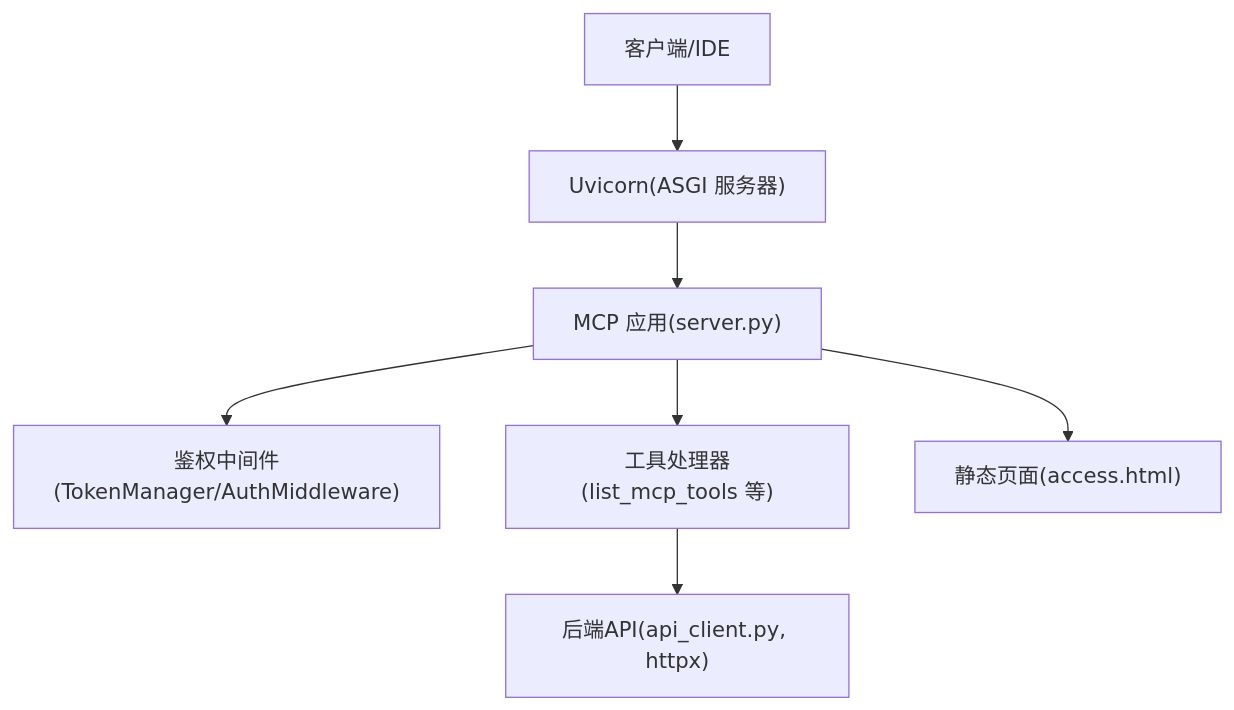
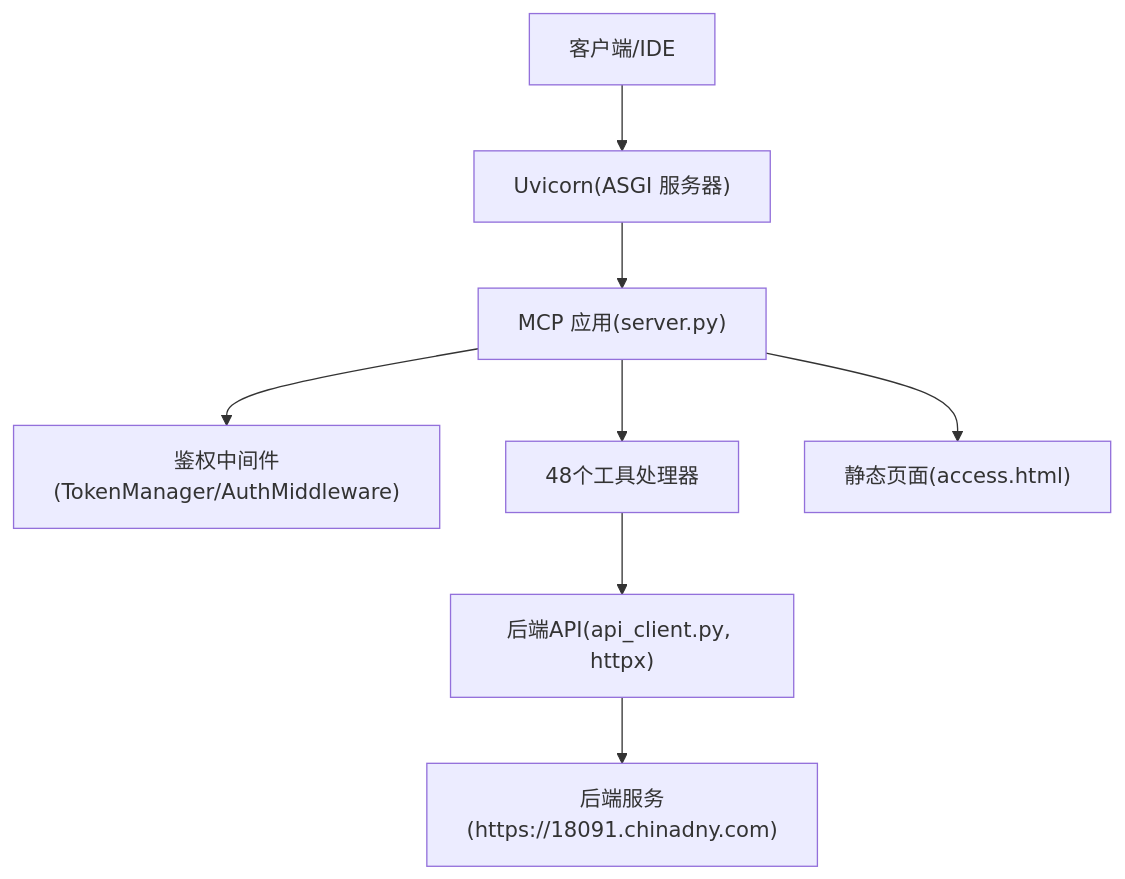
The first of 5 diagrams in .qoder/repowiki/zh/content/项目概述/核心功能特性/MCP 工具集/MCP 工具集.md (rookie-wind/web_ai), drawn with Mermaid before and after one commit. The commit also changed other lines of this file and 117 other files, not shown here.

````diff
--- a/.qoder/repowiki/zh/content/项目概述/核心功能特性/MCP 工具集/MCP 工具集.md
+++ b/.qoder/repowiki/zh/content/项目概述/核心功能特性/MCP 工具集/MCP 工具集.md
@@ -39,9 +51,10 @@
 ```mermaid
 graph TB
 A["客户端/IDE"] --> B["Uvicorn(ASGI 服务器)"]
 B --> C["MCP 应用(server.py)"]
 C --> D["鉴权中间件(TokenManager/AuthMiddleware)"]
-C --> E["工具处理器(list_mcp_tools 等)"]
+C --> E["48个工具处理器"]
 E --> F["后端API(api_client.py, httpx)"]
 C --> G["静态页面(access.html)"]
+F --> H["后端服务(https://18091.chinadny.com)"]
 ```
````
